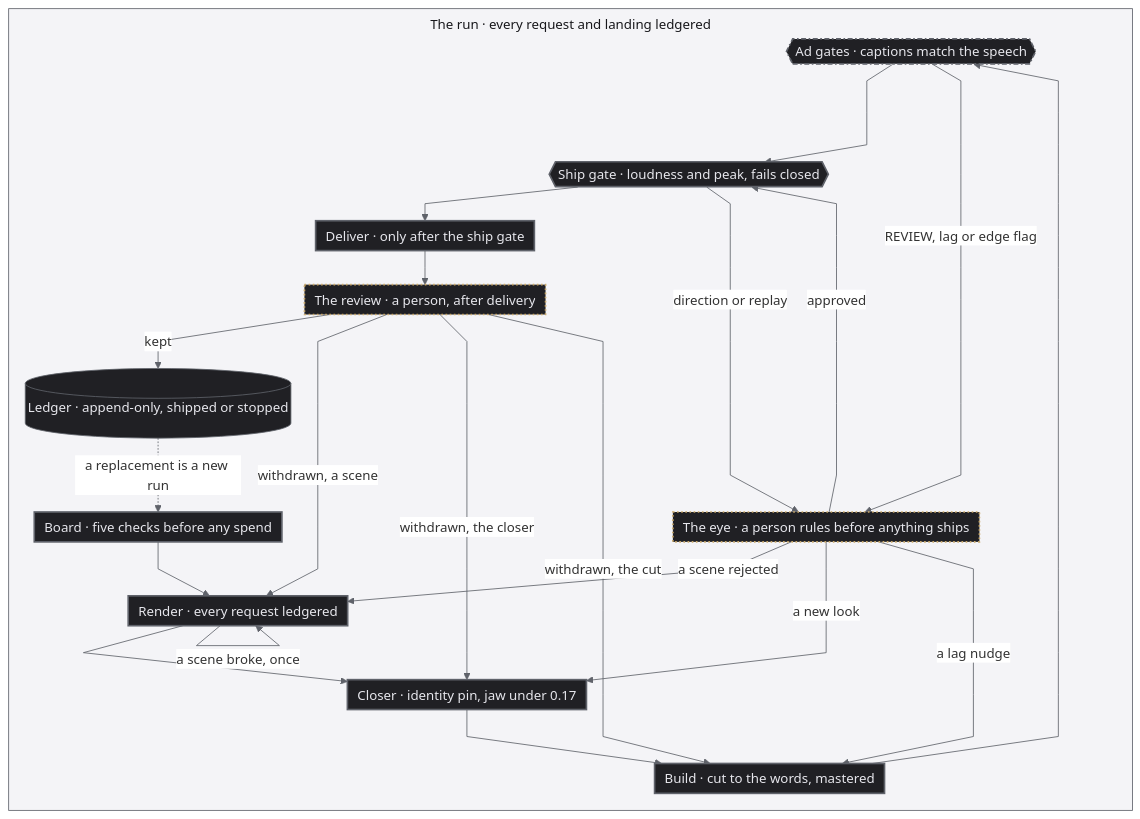
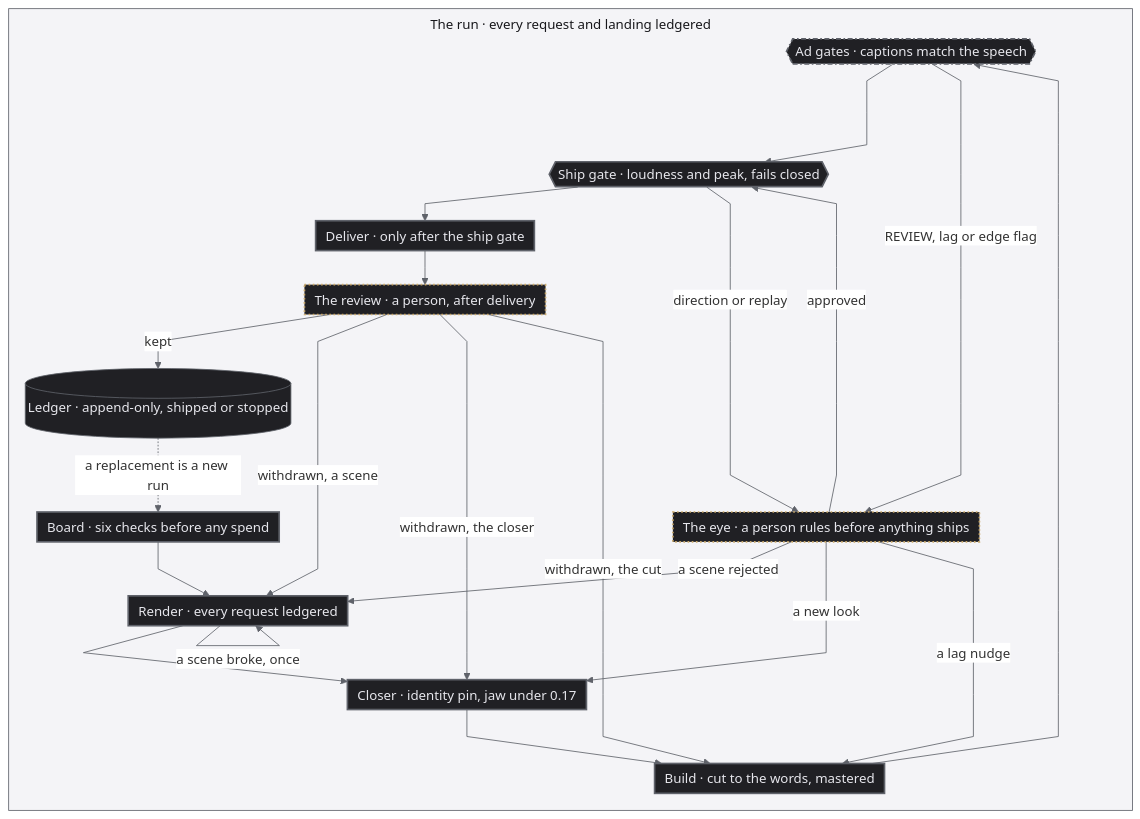
Before and after one commit to jameswniu/autonomous-ads-pipeline-multimodal-evals: the diagram in README.md, drawn with Mermaid. The commit also changed other lines of this file and 21 other files, not shown here.

````diff
--- a/README.md
+++ b/README.md
@@ -169,40 +169,40 @@
 ```mermaid
 %%{init: {'flowchart': {'curve': 'linear', 'nodeSpacing': 20, 'rankSpacing': 16, 'padding': 6, 'diagramPadding': 2, 'wrappingWidth': 520, 'subGraphTitleMargin': {'top': 6, 'bottom': 10}}, 'themeVariables': {'fontSize': '16px', 'lineColor': '#5f626a', 'edgeLabelBackground': '#ffffff', 'clusterBkg': '#f4f4f7', 'clusterBorder': '#5f626a', 'titleColor': '#18181c'}}}%%
 flowchart TD
     subgraph RUN["The run · every request and landing ledgered"]
         direction TB
         ad_gates{{"Ad gates · captions match the speech"}}
         %% GH is an invisible twin of the eye, it balances the spine so the steps stay in one column
         ad_gates ~~~ GH["The eye · a person rules before anything ships"]
         GH ~~~ ship_gate
-        board["Board · five checks before any spend"] --> render["Render · every request ledgered"] --> closer["Closer · identity pin, jaw under 0.17"] --> build["Build · cut to the words, mastered"] --> ad_gates --> ship_gate{{"Ship gate · loudness and peak, fails closed"}} --> deliver["Deliver · only after the ship gate"]
+        board["Board · six checks before any spend"] --> render["Render · every request ledgered"] --> closer["Closer · identity pin, jaw under 0.17"] --> build["Build · cut to the words, mastered"] --> ad_gates --> ship_gate{{"Ship gate · loudness and peak, fails closed"}} --> deliver["Deliver · only after the ship gate"]
         deliver --> review["The review · a person, after delivery"]
         review -->|"kept"| ledger[("Ledger · append-only, shipped or stopped")]
         render -->|"a scene broke, once"| render
         ad_gates -->|"REVIEW, lag or edge flag"| eye["The eye · a person rules before anything ships"]
         eye -->|"approved"| ship_gate
         eye -->|"a scene rejected"| render
         eye -->|"a new look"| closer
         eye -->|"a lag nudge"| build
         ship_gate -->|"direction or replay"| eye
         review -->|"withdrawn, a scene"| render
         review -->|"withdrawn, the closer"| closer
         review -->|"withdrawn, the cut"| build
         ledger -.->|"a replacement is a new run"| board
     end
 
     classDef run fill:#202024,stroke:#5f626a,color:#e6e6ec
     classDef process fill:#202024,stroke:#5f626a,stroke-width:2px,color:#e6e6ec
     classDef outcome fill:#202024,stroke:#5f626a,stroke-width:2px,stroke-dasharray:6 3,color:#e6e6ec
     classDef quality fill:#202024,stroke:#c9a86a,stroke-width:2px,stroke-dasharray:2 3,color:#e6e6ec
     classDef shared fill:#202024,stroke:#5f626a,stroke-width:2px,stroke-dasharray:6 3 2 3,color:#e6e6ec
     classDef ghost fill:none,stroke:none,color:transparent
     class ledger run
     class board,render,closer,build,ship_gate,deliver process
     class ad_gates outcome
     class ad_gates quality
     class ad_gates shared
     class eye,review quality
     class GH ghost
     style RUN fill:#f4f4f7,stroke:#5f626a,color:#18181c
 ```
````
